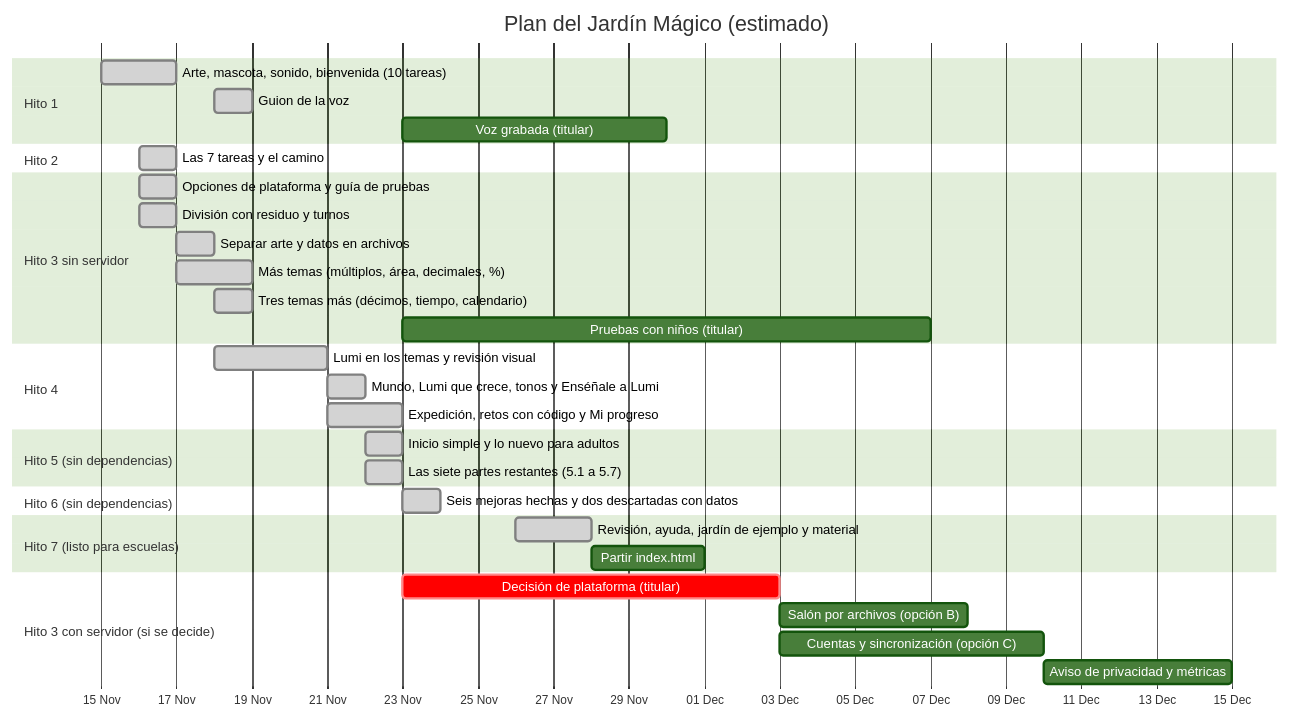
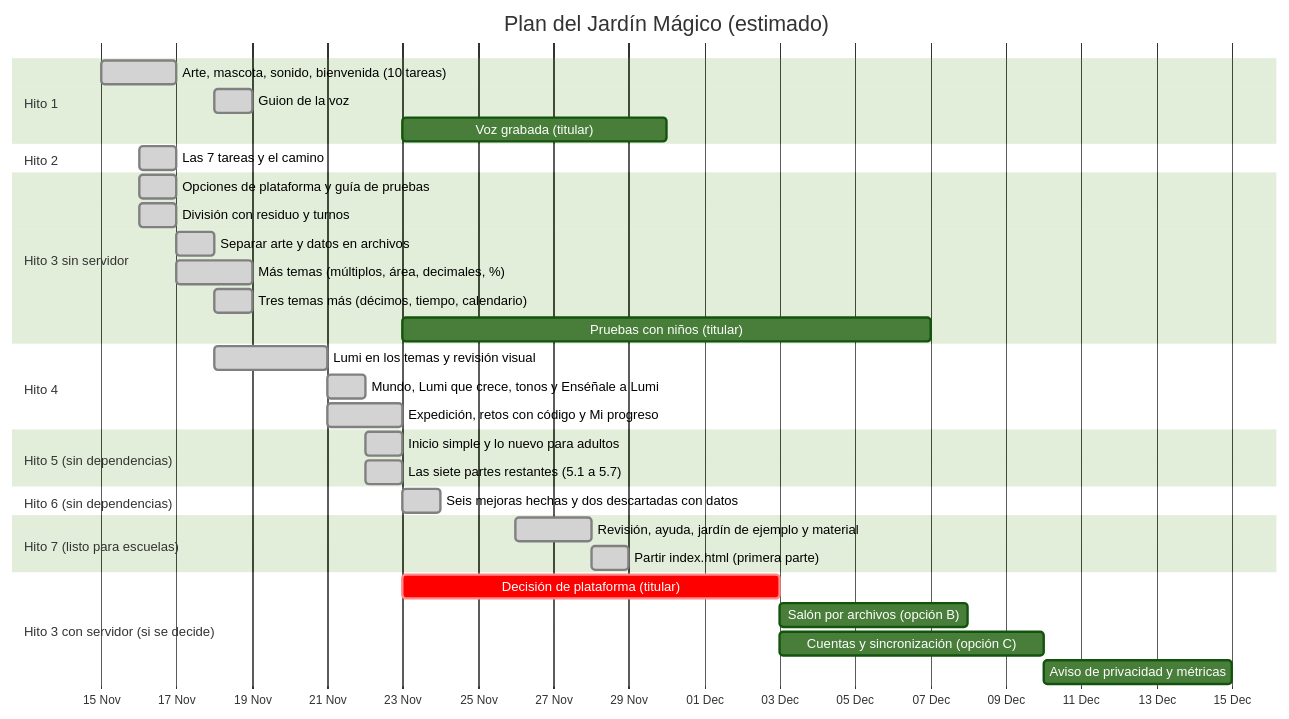
The first of 2 diagrams in docs/PLAN.md (dleon55/jardin-magico-multiplicaciones), drawn with Mermaid (forest theme) before and after one commit. The commit also changed other lines of this file and 14 other files, not shown here.

First line of the commit message:
Partir index.html, primera parte: ocho secciones a js/juego-*.js (#154)

````diff
--- a/docs/PLAN.md
+++ b/docs/PLAN.md
@@ -188,36 +188,36 @@
 ```mermaid
 gantt
     title Plan del Jardín Mágico (estimado)
     dateFormat  YYYY-MM-DD
     axisFormat  %d %b
     section Hito 1
     Arte, mascota, sonido, bienvenida (10 tareas)  :done,    h1, 2026-11-15, 2d
     Guion de la voz                                :done,    h1g, 2026-11-18, 1d
     Voz grabada (titular)                          :         h1v, 2026-11-23, 7d
     section Hito 2
     Las 7 tareas y el camino                       :done,    h2, 2026-11-16, 1d
     section Hito 3 sin servidor
     Opciones de plataforma y guía de pruebas       :done,    h3a, 2026-11-16, 1d
     División con residuo y turnos                  :done,    h3b, 2026-11-16, 1d
     Separar arte y datos en archivos               :done,    h3s, 2026-11-17, 1d
     Más temas (múltiplos, área, decimales, %)      :done,    h3t, 2026-11-17, 2d
     Tres temas más (décimos, tiempo, calendario)   :done,    h3u, 2026-11-18, 1d
     Pruebas con niños (titular)                    :         h3n, 2026-11-23, 14d
     section Hito 4
     Lumi en los temas y revisión visual            :done,    h4a, 2026-11-18, 3d
     Mundo, Lumi que crece, tonos y Enséñale a Lumi :done,    h4b, 2026-11-21, 1d
     Expedición, retos con código y Mi progreso     :done,    h4c, 2026-11-21, 2d
     section Hito 5 (sin dependencias)
     Inicio simple y lo nuevo para adultos          :done,    h5a, 2026-11-22, 1d
     Las siete partes restantes (5.1 a 5.7)         :done,    h5b, 2026-11-22, 1d
     section Hito 6 (sin dependencias)
     Seis mejoras hechas y dos descartadas con datos :done,   h6, 2026-11-23, 1d
     section Hito 7 (listo para escuelas)
     Revisión, ayuda, jardín de ejemplo y material   :done,   h7, 2026-11-26, 2d
-    Partir index.html                               :         h7p, 2026-11-28, 3d
+    Partir index.html (primera parte)               :done,    h7p, 2026-11-28, 1d
     section Hito 3 con servidor (si se decide)
     Decisión de plataforma (titular)               :crit,    h3d, 2026-11-23, 10d
     Salón por archivos (opción B)                  :         h3b2, after h3d, 5d
     Cuentas y sincronización (opción C)            :         h3e, after h3d, 7d
     Aviso de privacidad y métricas                 :         h3g, after h3e, 5d
 ```
````
